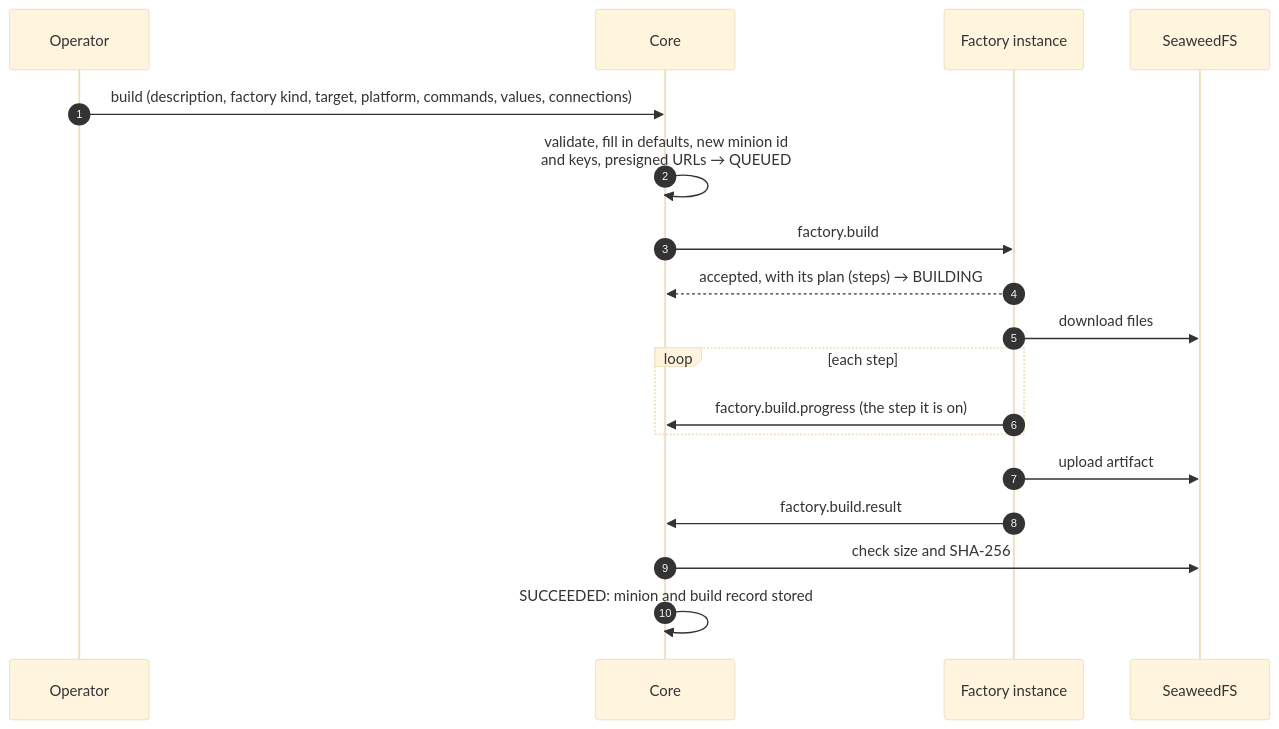
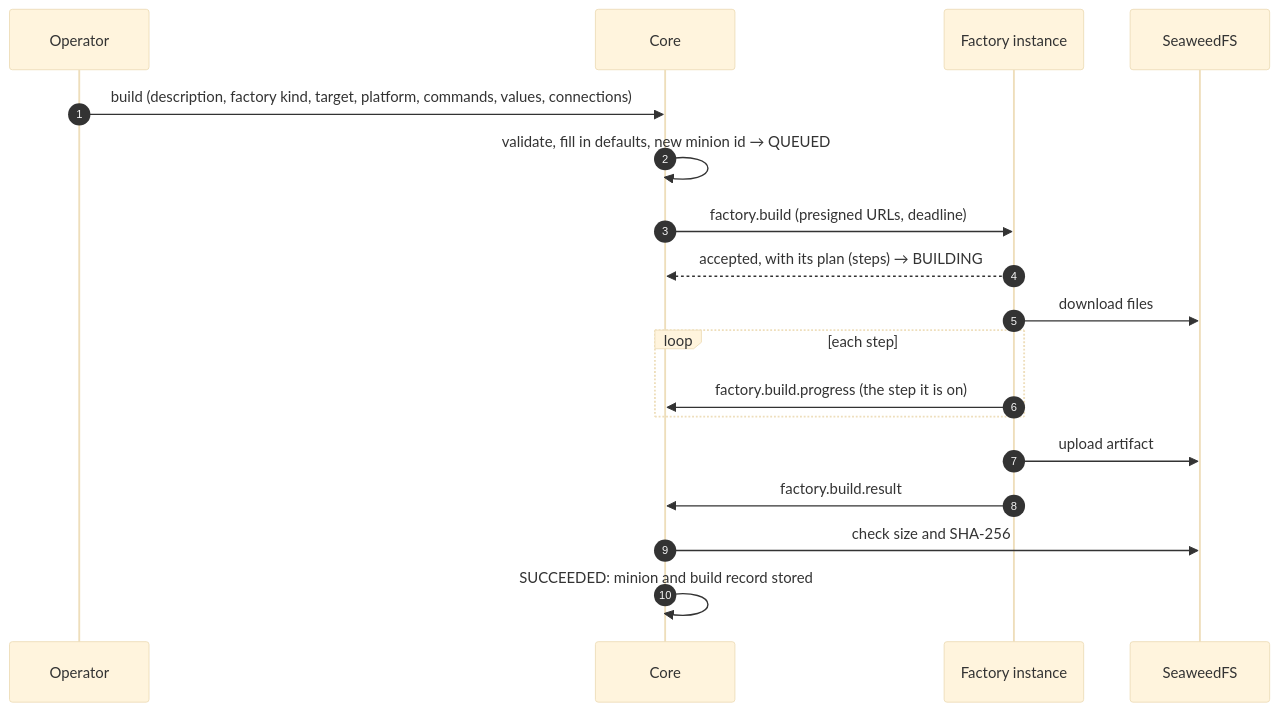
Before and after one commit to LogosCore/logos-docs: the second of 2 diagrams in src/content/docs/contracts/minion-build.md, drawn with Mermaid (base theme). The commit also changed other lines of this file and 2 other files, not shown here.

First line of the commit message:
Minion build as built, and writing a factory

````diff
--- a/src/content/docs/contracts/minion-build.md
+++ b/src/content/docs/contracts/minion-build.md
@@ -261,20 +279,20 @@
 ```mermaid
 sequenceDiagram
     autonumber
     participant OP as Operator
     participant CORE as Core
     participant F as Factory instance
     participant S3 as SeaweedFS
     OP->>CORE: build (description, factory kind, target, platform, commands, values, connections)
-    CORE->>CORE: validate, fill in defaults, new minion id<br/>and keys, presigned URLs → QUEUED
-    CORE->>F: factory.build
+    CORE->>CORE: validate, fill in defaults, new minion id → QUEUED
+    CORE->>F: factory.build (presigned URLs, deadline)
     F-->>CORE: accepted, with its plan (steps) → BUILDING
     F->>S3: download files
     loop each step
         F->>CORE: factory.build.progress (the step it is on)
     end
     F->>S3: upload artifact
     F->>CORE: factory.build.result
     CORE->>S3: check size and SHA-256
     CORE->>CORE: SUCCEEDED: minion and build record stored
 ```
````
